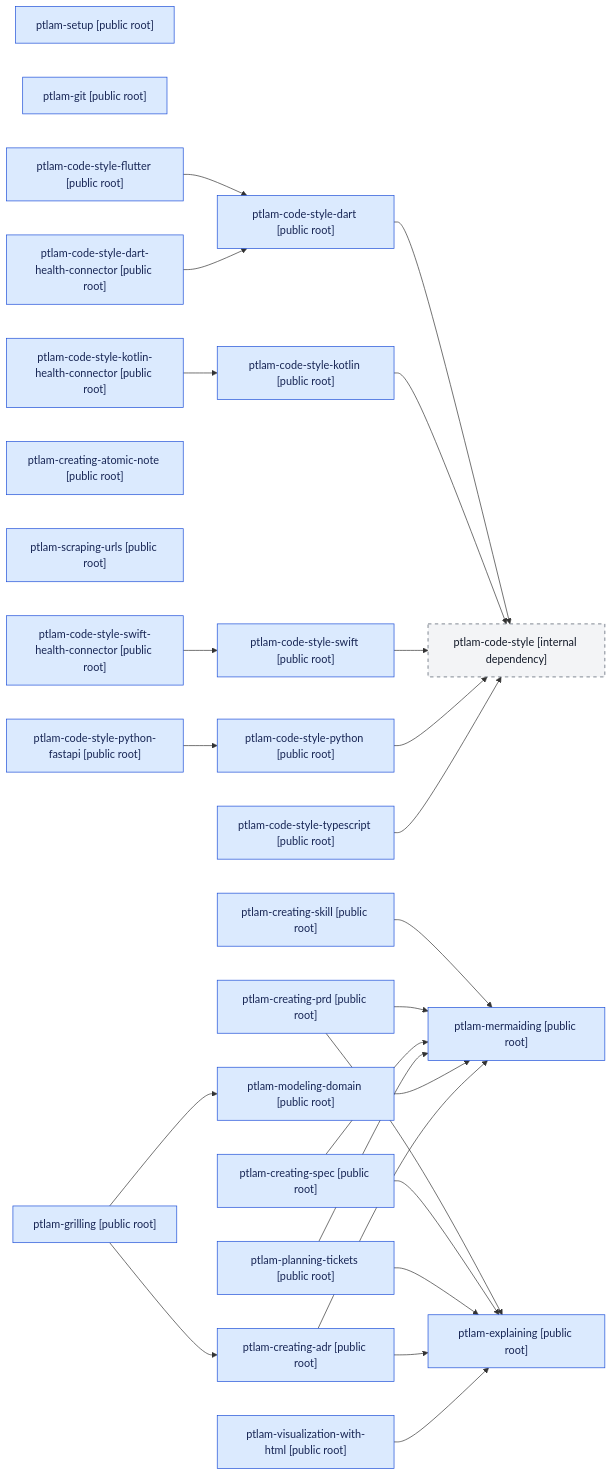
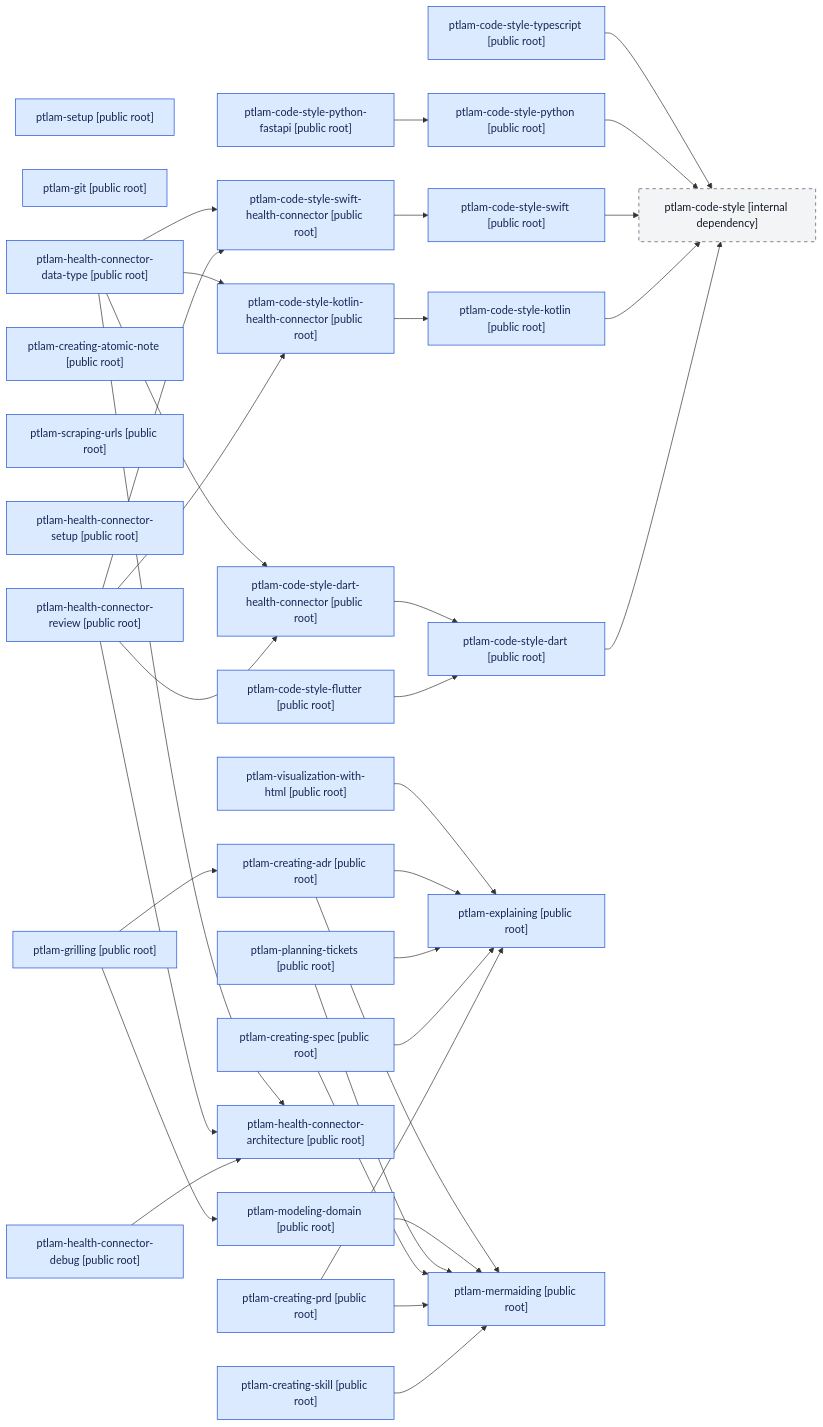
One commit to fam-tung-lam/ptlam-agent-plugin changed the diagram in skills/README.md. Above: the diagram before and after it, drawn with Mermaid. The commit also changed other lines of this file and 325 other files, not shown here.

First line of the commit message:
feat(health-connector): split workflows into focused skills

````diff
--- a/skills/README.md
+++ b/skills/README.md
@@ -55,9 +60,14 @@
   skill_19["ptlam-explaining [public root]"]
   skill_20["ptlam-mermaiding [public root]"]
   skill_21["ptlam-visualization-with-html [public root]"]
-  skill_22["ptlam-code-style-dart-health-connector [public root]"]
-  skill_23["ptlam-code-style-kotlin-health-connector [public root]"]
-  skill_24["ptlam-code-style-swift-health-connector [public root]"]
+  skill_22["ptlam-health-connector-architecture [public root]"]
+  skill_23["ptlam-health-connector-setup [public root]"]
+  skill_24["ptlam-health-connector-debug [public root]"]
+  skill_25["ptlam-health-connector-review [public root]"]
+  skill_26["ptlam-health-connector-data-type [public root]"]
+  skill_27["ptlam-code-style-dart-health-connector [public root]"]
+  skill_28["ptlam-code-style-kotlin-health-connector [public root]"]
+  skill_29["ptlam-code-style-swift-health-connector [public root]"]
   skill_3 --> skill_2
   skill_4 --> skill_2
   skill_5 --> skill_2
@@ -78,9 +88,18 @@
   skill_16 --> skill_19
   skill_16 --> skill_20
   skill_21 --> skill_19
-  skill_22 --> skill_3
-  skill_23 --> skill_4
-  skill_24 --> skill_5
+  skill_24 --> skill_22
+  skill_25 --> skill_22
+  skill_25 --> skill_27
+  skill_25 --> skill_28
+  skill_25 --> skill_29
+  skill_26 --> skill_22
+  skill_26 --> skill_27
+  skill_26 --> skill_28
+  skill_26 --> skill_29
+  skill_27 --> skill_3
+  skill_28 --> skill_4
+  skill_29 --> skill_5
   classDef publicRoot fill:#dbeafe,stroke:#1d4ed8,color:#172554
   classDef internalDependency fill:#f3f4f6,stroke:#4b5563,color:#111827,stroke-dasharray:5 5
   classDef deprecated fill:#fef3c7,stroke:#b45309,color:#78350f
@@ -109,4 +128,9 @@
   class skill_22 publicRoot
   class skill_23 publicRoot
   class skill_24 publicRoot
+  class skill_25 publicRoot
+  class skill_26 publicRoot
+  class skill_27 publicRoot
+  class skill_28 publicRoot
+  class skill_29 publicRoot
 ```
````
